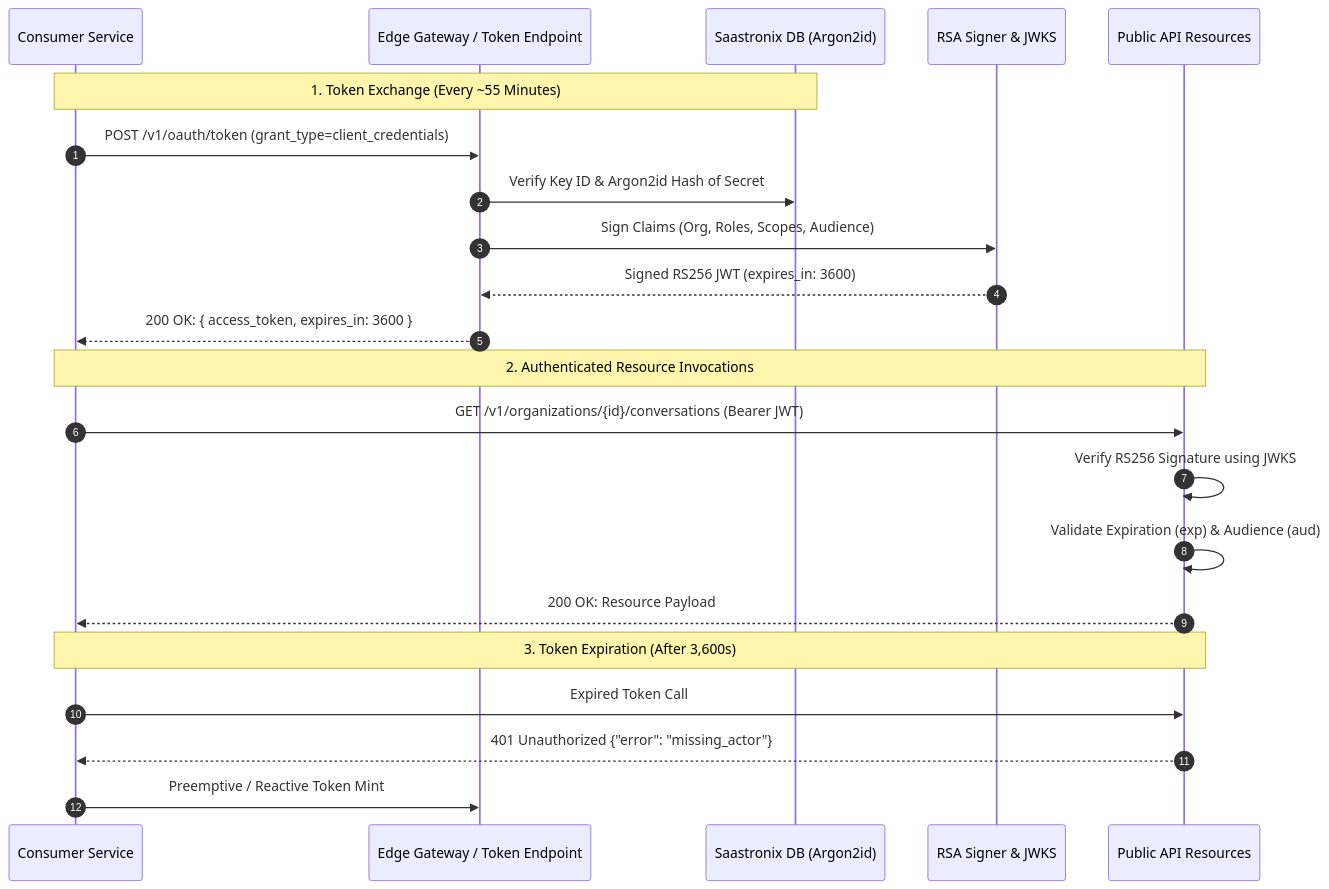
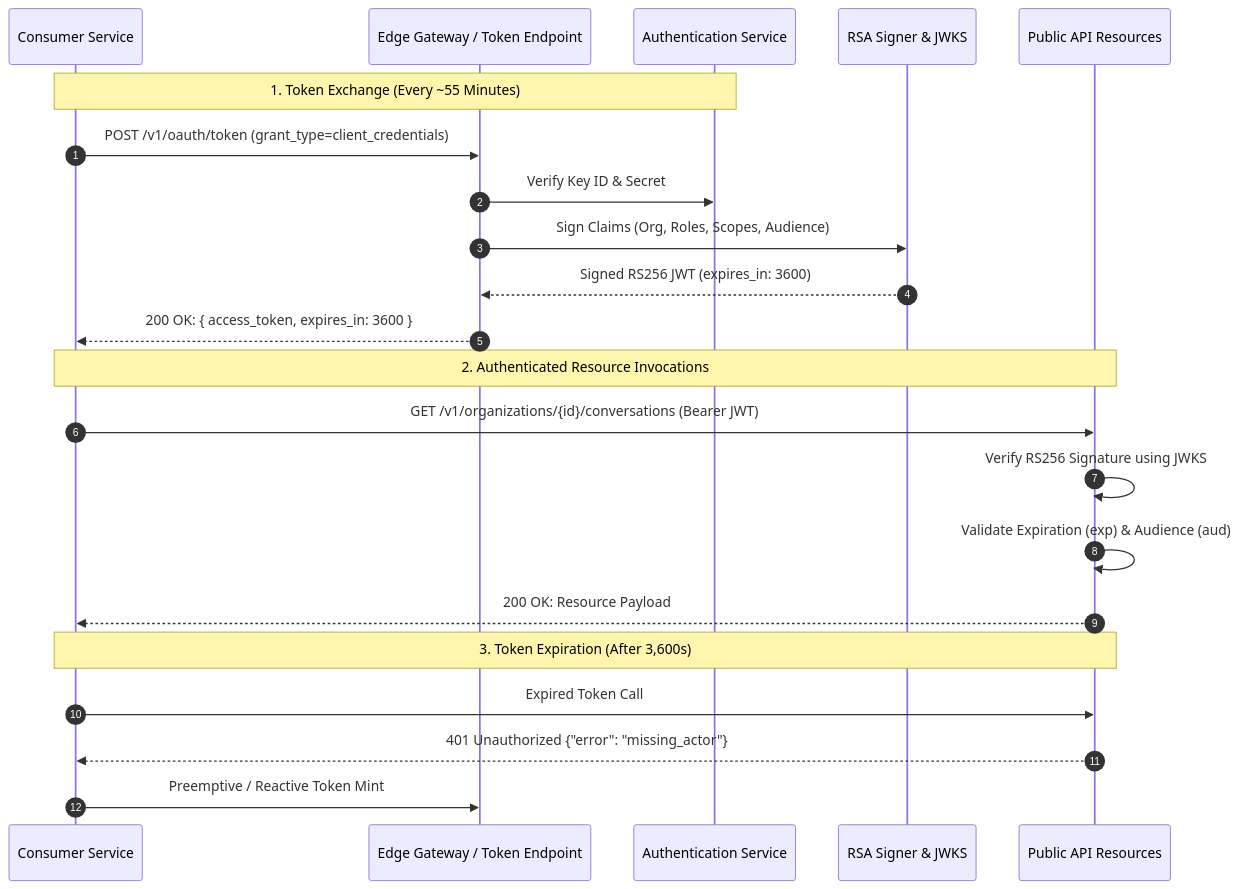
Before and after one commit to Cerebronix-AI/cerebronix-docs: the diagram in apps/socs/content/docs/current/authentication.mdx, drawn with Mermaid. The commit also changed other lines of this file and 32 other files, not shown here.

Commit message:
feat(docs): enforce black-box architecture and information disclosure safeguards

````diff
--- a/apps/socs/content/docs/current/authentication.mdx
+++ b/apps/socs/content/docs/current/authentication.mdx
@@ -17,27 +17,27 @@
 ```mermaid
 sequenceDiagram
     autonumber
     participant Client as Consumer Service
     participant Edge as Edge Gateway / Token Endpoint
-    participant DB as Saastronix DB (Argon2id)
+    participant Auth as Authentication Service
     participant Signer as RSA Signer & JWKS
     participant Resource as Public API Resources
 
-    Note over Client,DB: 1. Token Exchange (Every ~55 Minutes)
+    Note over Client,Auth: 1. Token Exchange (Every ~55 Minutes)
     Client->>Edge: POST /v1/oauth/token (grant_type=client_credentials)
-    Edge->>DB: Verify Key ID & Argon2id Hash of Secret
+    Edge->>Auth: Verify Key ID & Secret
     Edge->>Signer: Sign Claims (Org, Roles, Scopes, Audience)
     Signer-->>Edge: Signed RS256 JWT (expires_in: 3600)
     Edge-->>Client: 200 OK: { access_token, expires_in: 3600 }
 
     Note over Client,Resource: 2. Authenticated Resource Invocations
     Client->>Resource: GET /v1/organizations/{id}/conversations (Bearer JWT)
     Resource->>Resource: Verify RS256 Signature using JWKS
     Resource->>Resource: Validate Expiration (exp) & Audience (aud)
     Resource-->>Client: 200 OK: Resource Payload
 
     Note over Client,Resource: 3. Token Expiration (After 3,600s)
     Client->>Resource: Expired Token Call
     Resource-->>Client: 401 Unauthorized {"error": "missing_actor"}
     Client->>Edge: Preemptive / Reactive Token Mint
 ```
````
